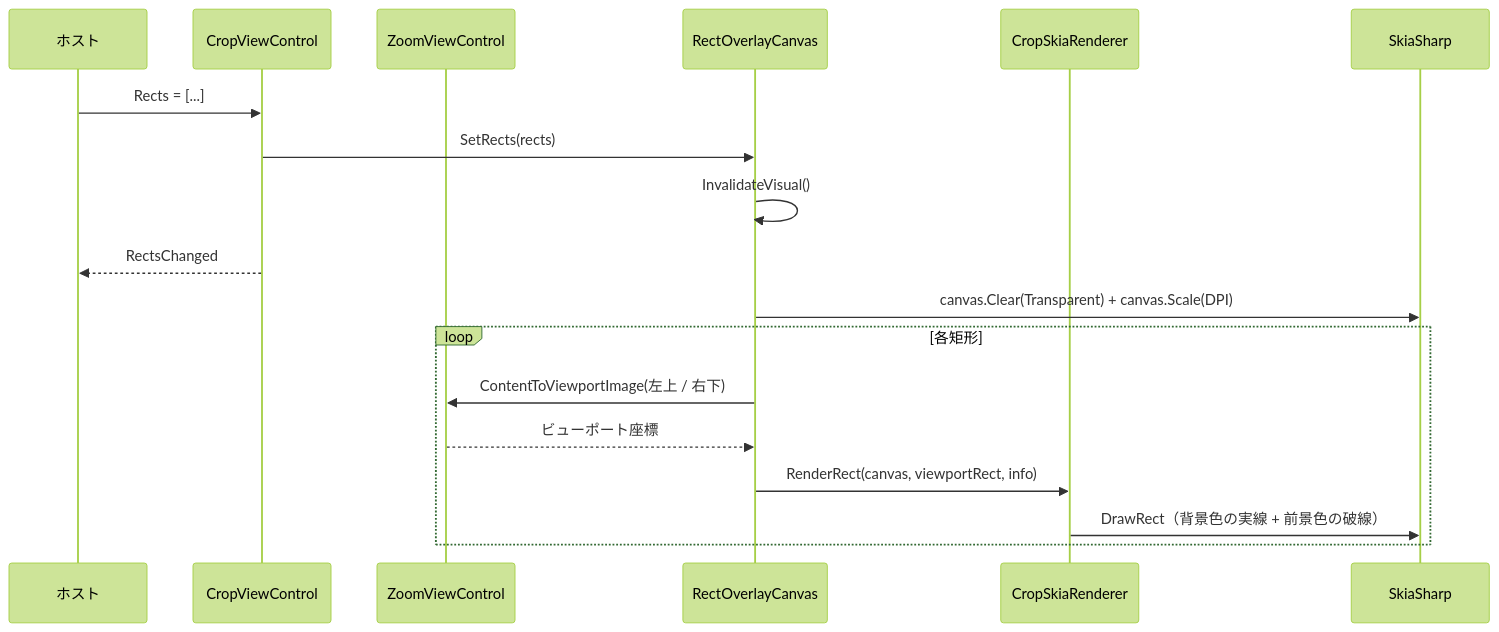
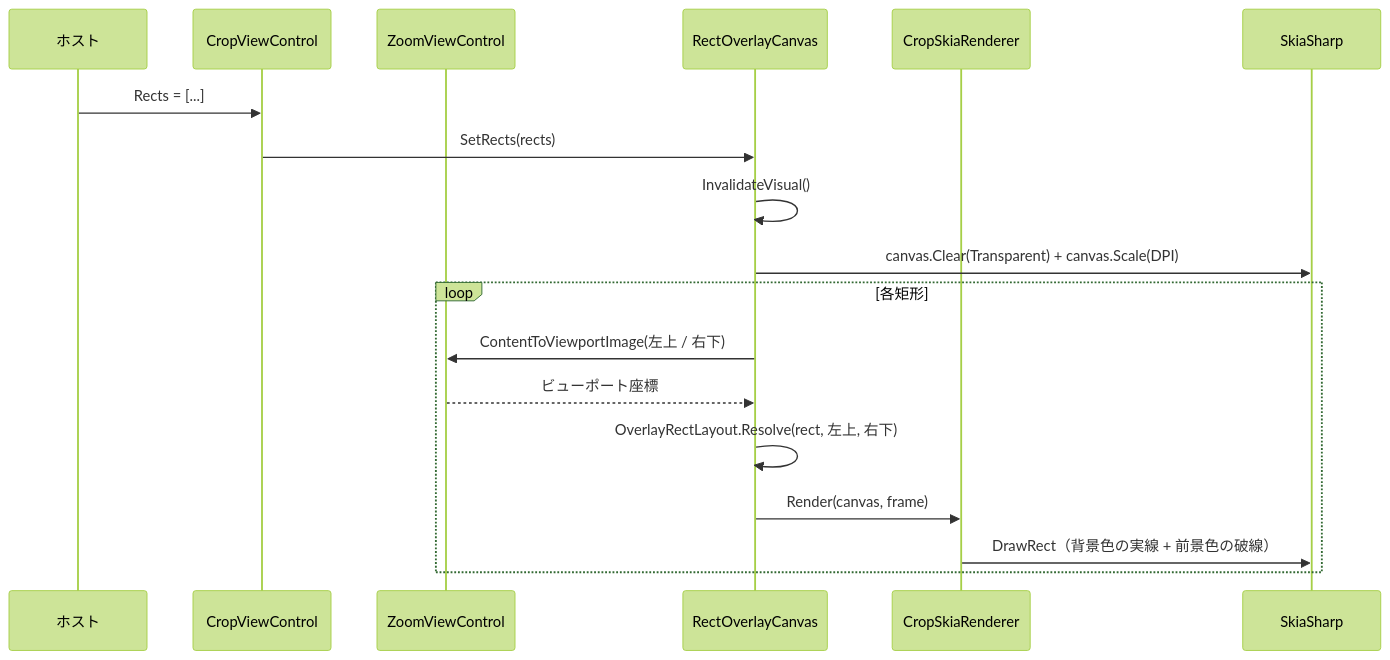
The second of 2 diagrams in src/CropViewControl.MewUI/SPEC_System.md (tomokuni/SaveEvidence), drawn with Mermaid (forest theme) before and after one commit. The commit also changed other lines of this file and 226 other files, not shown here.

````diff
--- a/src/CropViewControl.MewUI/SPEC_System.md
+++ b/src/CropViewControl.MewUI/SPEC_System.md
@@ -143,21 +145,21 @@
 ```mermaid
 sequenceDiagram
     participant H as ホスト
     participant C as CropViewControl
     participant Z as ZoomViewControl
     participant O as RectOverlayCanvas
     participant R as CropSkiaRenderer
     participant SK as SkiaSharp
 
     H->>C: Rects = [...]
     C->>O: SetRects(rects)
     O->>O: InvalidateVisual()
-    C-->>H: RectsChanged
     O->>SK: canvas.Clear(Transparent) + canvas.Scale(DPI)
     loop 各矩形
         O->>Z: ContentToViewportImage(左上 / 右下)
         Z-->>O: ビューポート座標
-        O->>R: RenderRect(canvas, viewportRect, info)
+        O->>O: OverlayRectLayout.Resolve(rect, 左上, 右下)
+        O->>R: Render(canvas, frame)
         R->>SK: DrawRect（背景色の実線 + 前景色の破線）
     end
 ```
````
